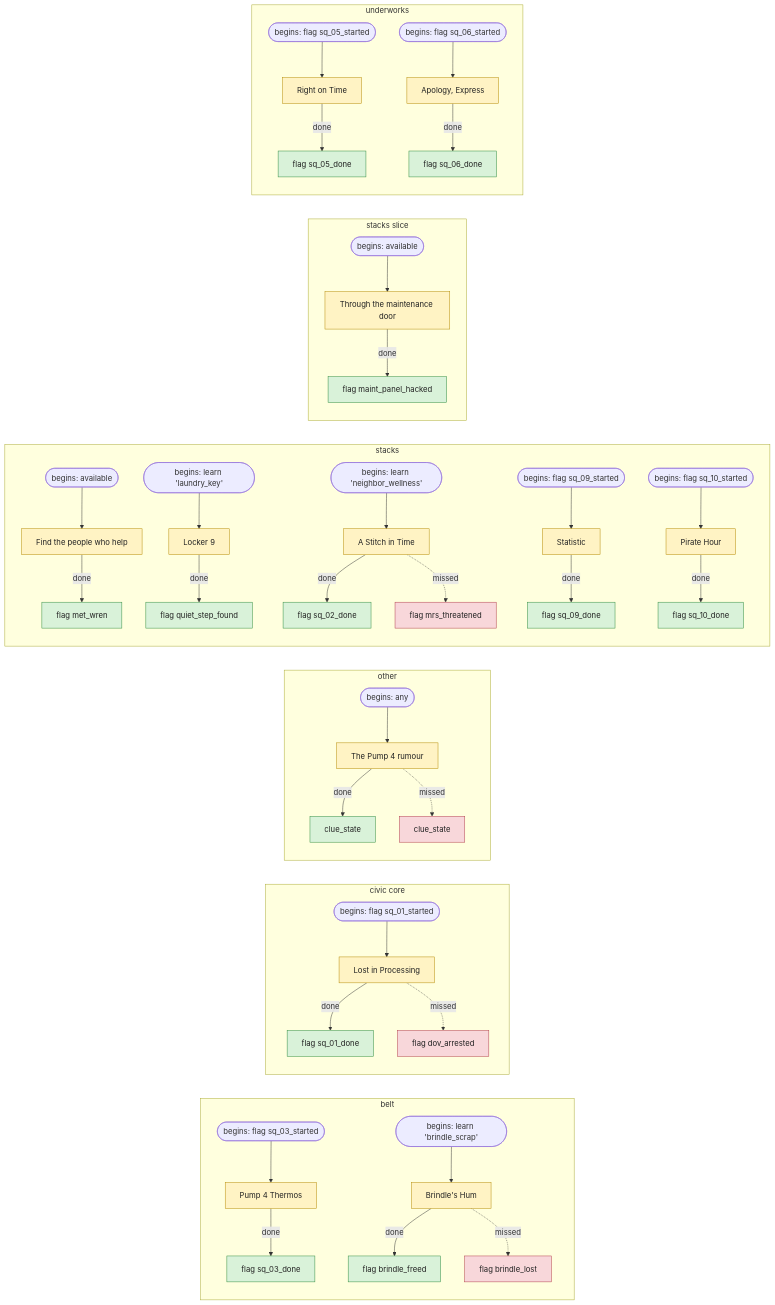
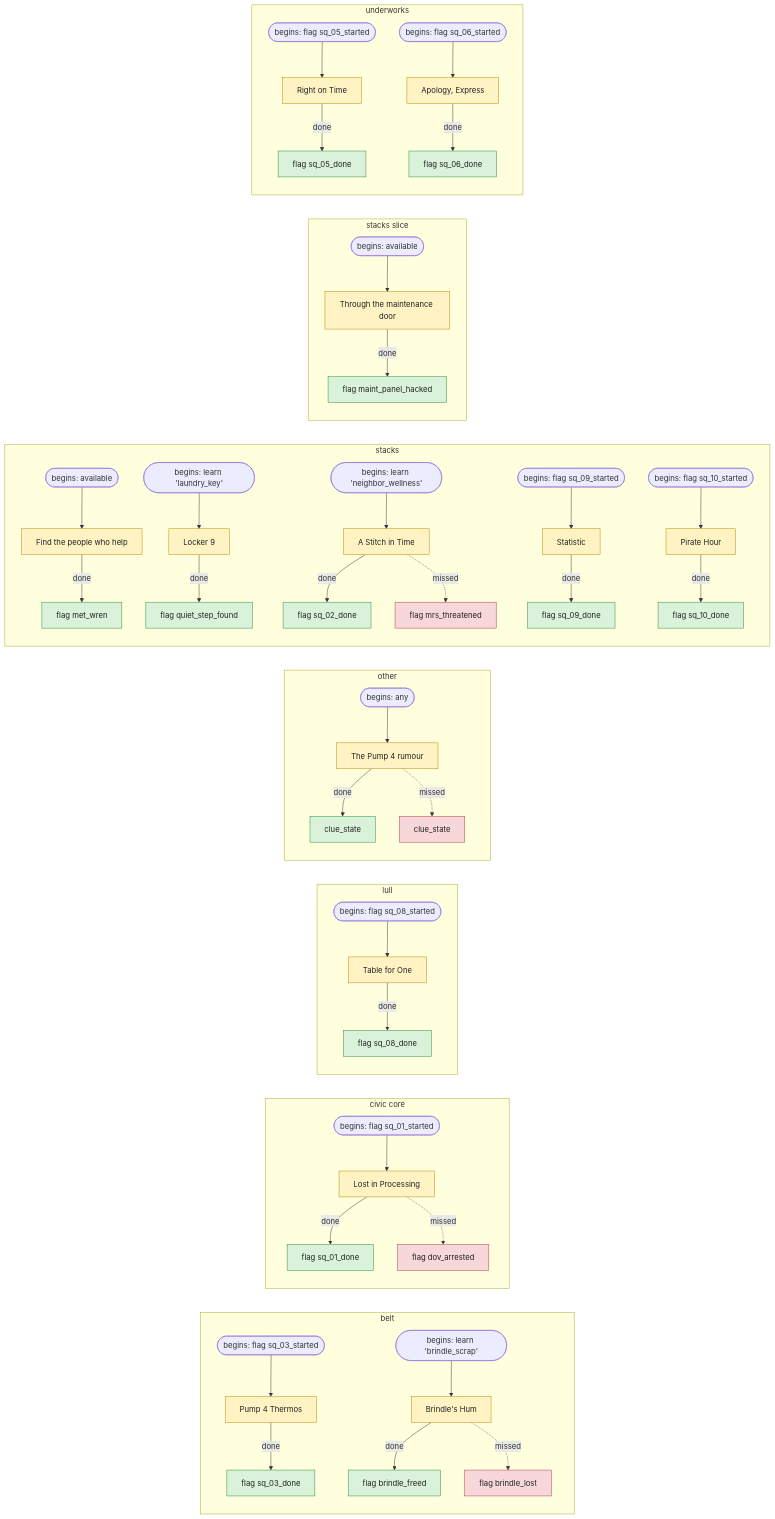
One commit to chrislee35/quiet-hours changed the seventh of 7 diagrams in docs/decision-tree.md. Above: the diagram before and after it, drawn with Mermaid. The commit also changed other lines of this file and 24 other files, not shown here.

Commit message:
T4.1: the Lull: gilded arch from the Civic Core, a safe place with the Host (free drink, a song, clear water, gossip, the false and true lines about Odile), Marta, Odile in her booth, SQ-08 Table for One with two ways to Lila's diary, the back-room terminal; tests and docs

````diff
--- a/docs/decision-tree.md
+++ b/docs/decision-tree.md
@@ -263,61 +268,66 @@
 ```mermaid
 flowchart LR
   subgraph belt_map["belt"]
     q_pump4_thermos["Pump 4 Thermos"]
     q_pump4_thermos_start(["begins: flag sq_03_started"]) --> q_pump4_thermos
     q_pump4_thermos -->|done| q_pump4_thermos_ok["flag sq_03_done"]
     q_brindles_hum["Brindle's Hum"]
     q_brindles_hum_start(["begins: learn 'brindle_scrap'"]) --> q_brindles_hum
     q_brindles_hum -->|done| q_brindles_hum_ok["flag brindle_freed"]
     q_brindles_hum -.->|missed| q_brindles_hum_bad["flag brindle_lost"]
   end
   subgraph civic_core_map["civic core"]
     q_lost_in_processing["Lost in Processing"]
     q_lost_in_processing_start(["begins: flag sq_01_started"]) --> q_lost_in_processing
     q_lost_in_processing -->|done| q_lost_in_processing_ok["flag sq_01_done"]
     q_lost_in_processing -.->|missed| q_lost_in_processing_bad["flag dov_arrested"]
+  end
+  subgraph lull_map["lull"]
+    q_table_for_one["Table for One"]
+    q_table_for_one_start(["begins: flag sq_08_started"]) --> q_table_for_one
+    q_table_for_one -->|done| q_table_for_one_ok["flag sq_08_done"]
   end
   subgraph other_map["other"]
     q_pump4_rumour["The Pump 4 rumour"]
     q_pump4_rumour_start(["begins: any"]) --> q_pump4_rumour
     q_pump4_rumour -->|done| q_pump4_rumour_ok["clue_state"]
     q_pump4_rumour -.->|missed| q_pump4_rumour_bad["clue_state"]
   end
   subgraph stacks_map["stacks"]
     q_act1_safehouse["Find the people who help"]
     q_act1_safehouse_start(["begins: available"]) --> q_act1_safehouse
     q_act1_safehouse -->|done| q_act1_safehouse_ok["flag met_wren"]
     q_first_cache["Locker 9"]
     q_first_cache_start(["begins: learn 'laundry_key'"]) --> q_first_cache
     q_first_cache -->|done| q_first_cache_ok["flag quiet_step_found"]
     q_stitch_in_time["A Stitch in Time"]
     q_stitch_in_time_start(["begins: learn 'neighbor_wellness'"]) --> q_stitch_in_time
     q_stitch_in_time -->|done| q_stitch_in_time_ok["flag sq_02_done"]
     q_stitch_in_time -.->|missed| q_stitch_in_time_bad["flag mrs_threatened"]
     q_statistic["Statistic"]
     q_statistic_start(["begins: flag sq_09_started"]) --> q_statistic
     q_statistic -->|done| q_statistic_ok["flag sq_09_done"]
     q_pirate_hour["Pirate Hour"]
     q_pirate_hour_start(["begins: flag sq_10_started"]) --> q_pirate_hour
     q_pirate_hour -->|done| q_pirate_hour_ok["flag sq_10_done"]
   end
   subgraph stacks_slice_map["stacks slice"]
     q_maintenance_wing["Through the maintenance door"]
     q_maintenance_wing_start(["begins: available"]) --> q_maintenance_wing
     q_maintenance_wing -->|done| q_maintenance_wing_ok["flag maint_panel_hacked"]
   end
   subgraph underworks_map["underworks"]
     q_right_on_time["Right on Time"]
     q_right_on_time_start(["begins: flag sq_05_started"]) --> q_right_on_time
     q_right_on_time -->|done| q_right_on_time_ok["flag sq_05_done"]
     q_apology_express["Apology, Express"]
     q_apology_express_start(["begins: flag sq_06_started"]) --> q_apology_express
     q_apology_express -->|done| q_apology_express_ok["flag sq_06_done"]
   end
-  class q_pump4_thermos,q_brindles_hum,q_lost_in_processing,q_pump4_rumour,q_act1_safehouse,q_first_cache,q_stitch_in_time,q_statistic,q_pirate_hour,q_maintenance_wing,q_right_on_time,q_apology_express decision
-  class q_pump4_thermos_ok,q_brindles_hum_ok,q_lost_in_processing_ok,q_pump4_rumour_ok,q_act1_safehouse_ok,q_first_cache_ok,q_stitch_in_time_ok,q_statistic_ok,q_pirate_hour_ok,q_maintenance_wing_ok,q_right_on_time_ok,q_apology_express_ok achievement
+  class q_pump4_thermos,q_brindles_hum,q_lost_in_processing,q_table_for_one,q_pump4_rumour,q_act1_safehouse,q_first_cache,q_stitch_in_time,q_statistic,q_pirate_hour,q_maintenance_wing,q_right_on_time,q_apology_express decision
+  class q_pump4_thermos_ok,q_brindles_hum_ok,q_lost_in_processing_ok,q_table_for_one_ok,q_pump4_rumour_ok,q_act1_safehouse_ok,q_first_cache_ok,q_stitch_in_time_ok,q_statistic_ok,q_pirate_hour_ok,q_maintenance_wing_ok,q_right_on_time_ok,q_apology_express_ok achievement
   class q_brindles_hum_bad,q_lost_in_processing_bad,q_pump4_rumour_bad,q_stitch_in_time_bad outcome
   classDef decision fill:#fff3c4,stroke:#b58900,color:#222
   classDef outcome fill:#f8d7da,stroke:#b03a48,color:#222
   classDef achievement fill:#d9f2d9,stroke:#2e8b3d,color:#222
 ```
````
